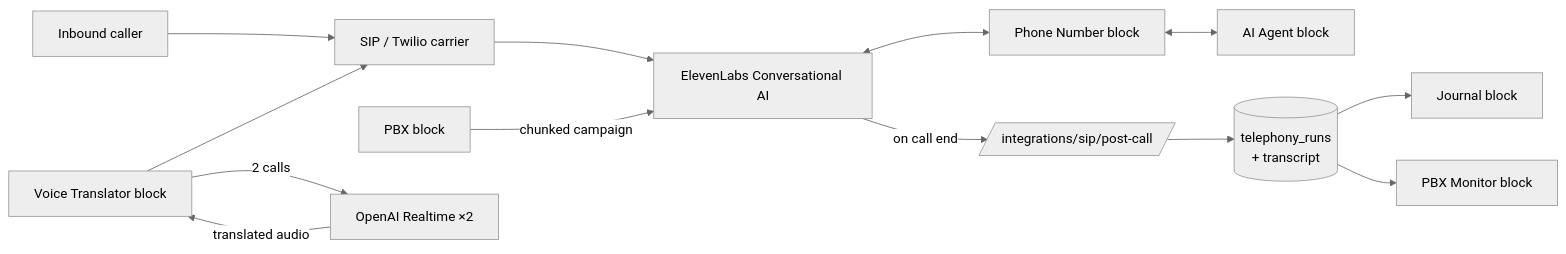
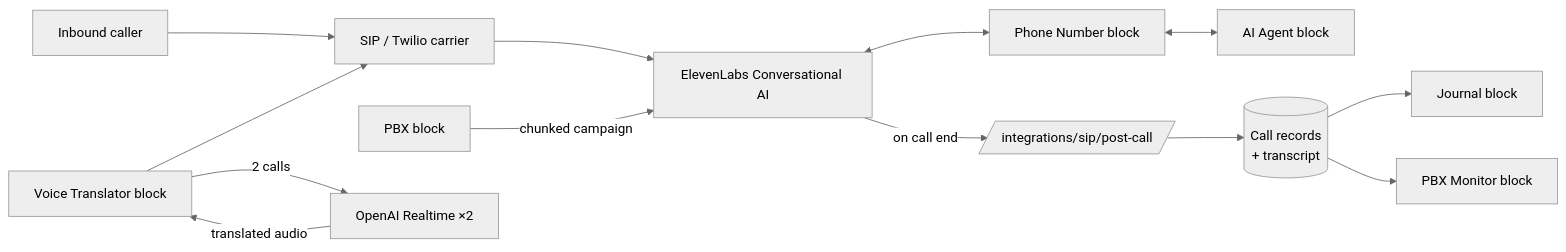
The diagram in docs/integrations.md (PinnacleDynamics/NodeGraph.io), drawn with Mermaid (neutral theme) before and after one commit. The commit also changed other lines of this file and 4 other files, not shown here.

First line of the commit message:
Strip operational specifics — keep architectural insight

````diff
--- a/docs/integrations.md
+++ b/docs/integrations.md
@@ -207,18 +207,18 @@
 ```mermaid
 flowchart LR
     Caller[Inbound caller] --> Carrier[SIP / Twilio carrier]
     Carrier --> EL[ElevenLabs Conversational AI]
     EL <--> Phone[Phone Number block]
     Phone <--> Agent[AI Agent block]
 
     PBX[PBX block] -->|chunked campaign| EL
     EL -->|on call end| Webhook[/integrations/sip/post-call/]
-    Webhook --> DB[(telephony_runs<br/>+ transcript)]
+    Webhook --> DB[(Call records<br/>+ transcript)]
 
     Translator[Voice Translator block] -->|2 calls| OAR[OpenAI Realtime ×2]
     OAR -->|translated audio| Translator
     Translator --> Carrier
 
     DB --> Journal[Journal block]
     DB --> Monitor[PBX Monitor block]
 ```
````
